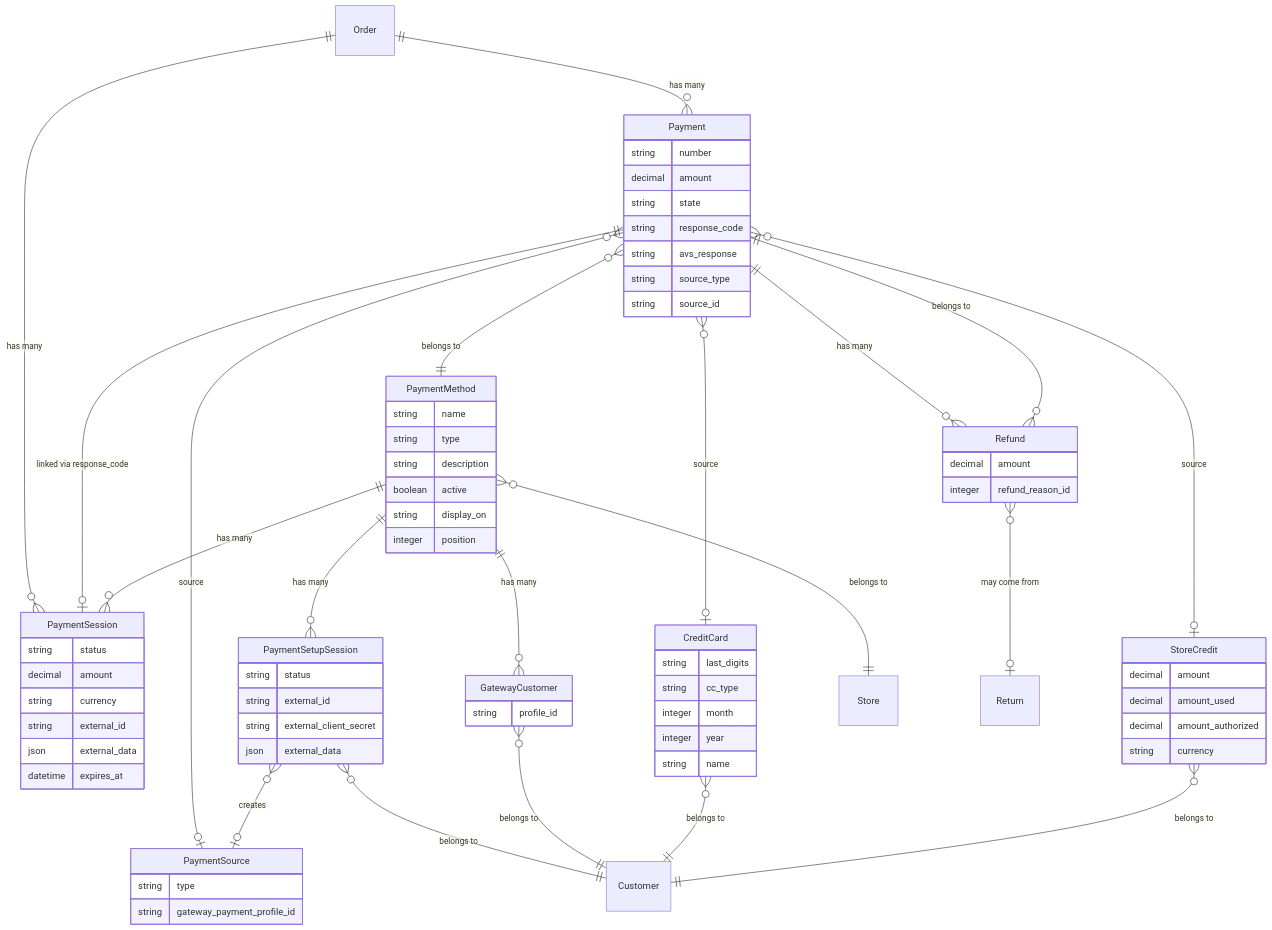
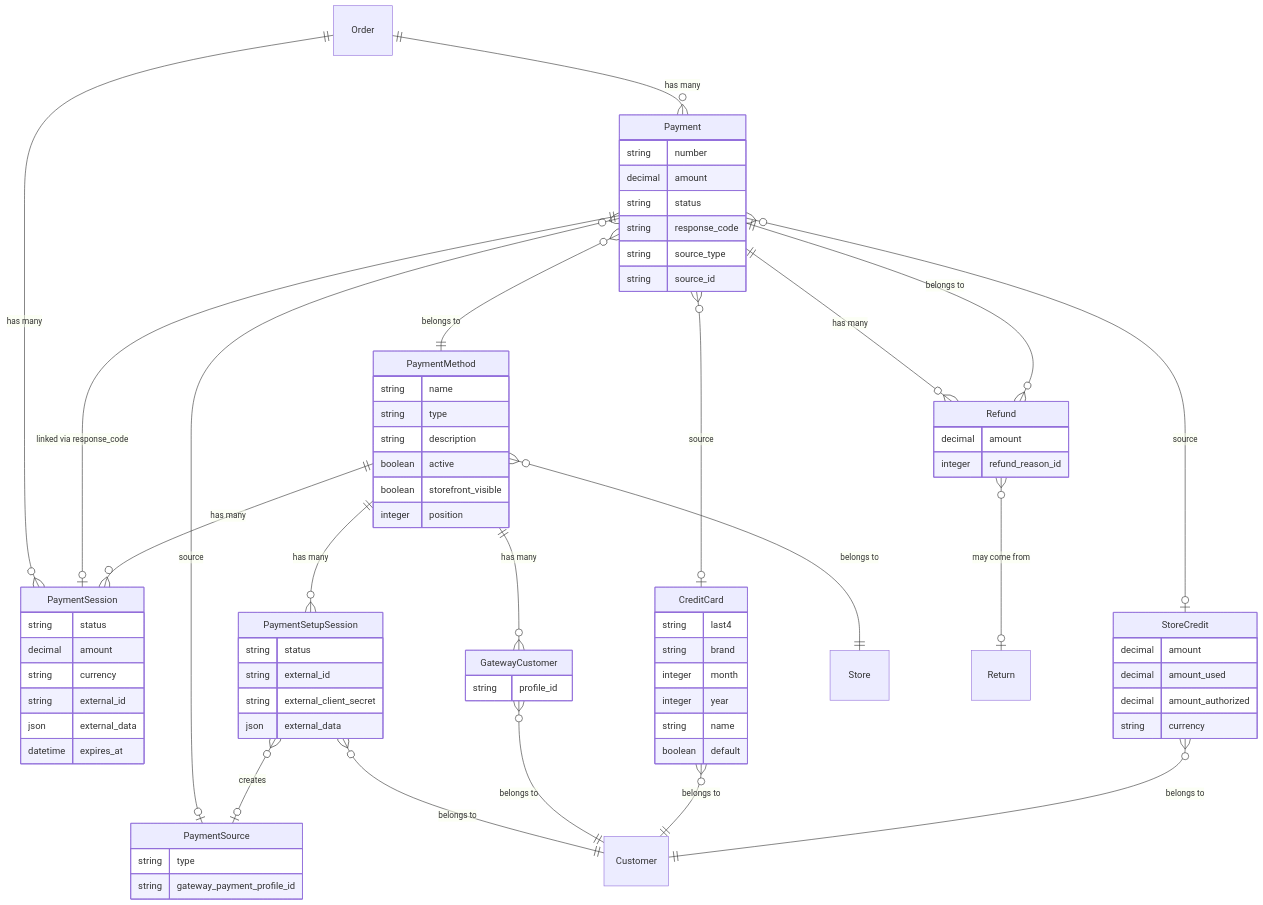
One commit to spree/spree changed the first of 7 diagrams in docs/developer/core-concepts/payments.mdx. Above: the diagram before and after it, drawn with Mermaid. The commit also changed other lines of this file and 4 other files, not shown here.

```diff
--- a/docs/developer/core-concepts/payments.mdx
+++ b/docs/developer/core-concepts/payments.mdx
@@ -20,9 +20,8 @@
     Payment {
         string number
         decimal amount
-        string state
+        string status
         string response_code
-        string avs_response
         string source_type
         string source_id
     }
@@ -32,7 +31,7 @@
         string type
         string description
         boolean active
-        string display_on
+        boolean storefront_visible
         integer position
     }
 
@@ -58,11 +57,12 @@
     }
 
     CreditCard {
-        string last_digits
-        string cc_type
+        string last4
+        string brand
         integer month
         integer year
         string name
+        boolean default
     }
 
     GatewayCustomer {
```
